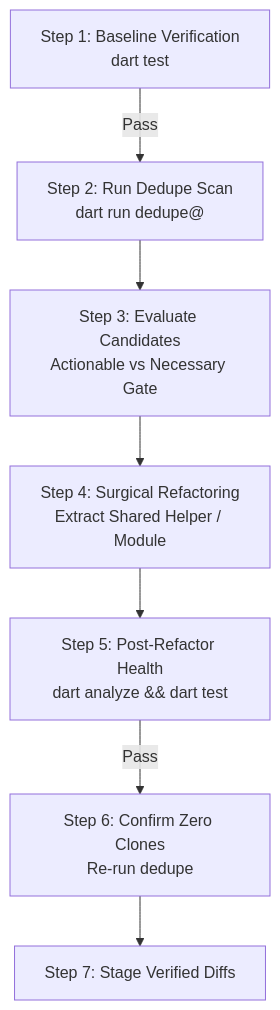
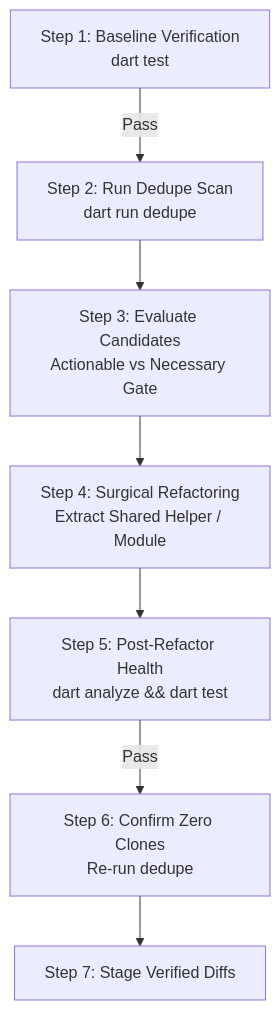
Before and after one commit to kevmoo/analytica.dart: the diagram in skills/dart-dedupe/SKILL.md, drawn with Mermaid. The commit also changed other lines of this file and 9 other files, not shown here.

````diff
--- a/skills/dart-dedupe/SKILL.md
+++ b/skills/dart-dedupe/SKILL.md
@@ -150,9 +150,9 @@
 ```mermaid
 graph TD
-    A[Step 1: Baseline Verification<br>dart test] -->|Pass| B[Step 2: Run Dedupe Scan<br>dart run dedupe@]
+    A[Step 1: Baseline Verification<br>dart test] -->|Pass| B[Step 2: Run Dedupe Scan<br>dart run dedupe]
     B --> C[Step 3: Evaluate Candidates<br>Actionable vs Necessary Gate]
     C --> D[Step 4: Surgical Refactoring<br>Extract Shared Helper / Module]
     D --> E[Step 5: Post-Refactor Health<br>dart analyze && dart test]
     E -->|Pass| F[Step 6: Confirm Zero Clones<br>Re-run dedupe]
     F --> G[Step 7: Stage Verified Diffs]
 ```
````
